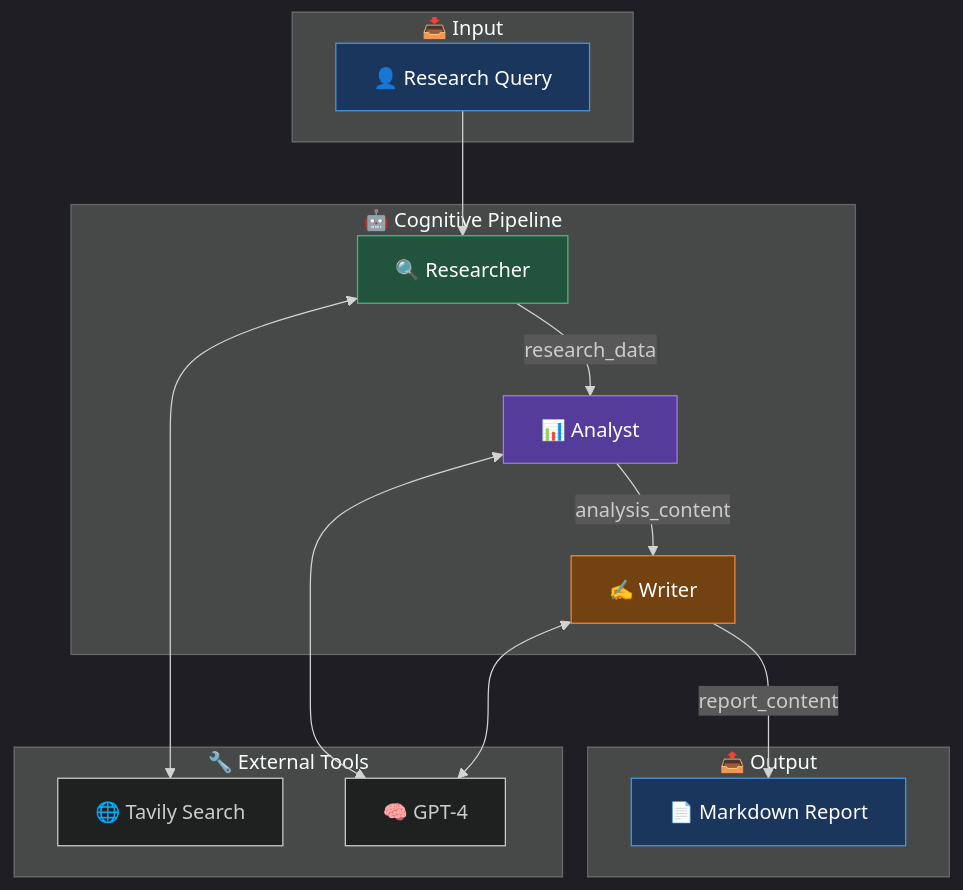
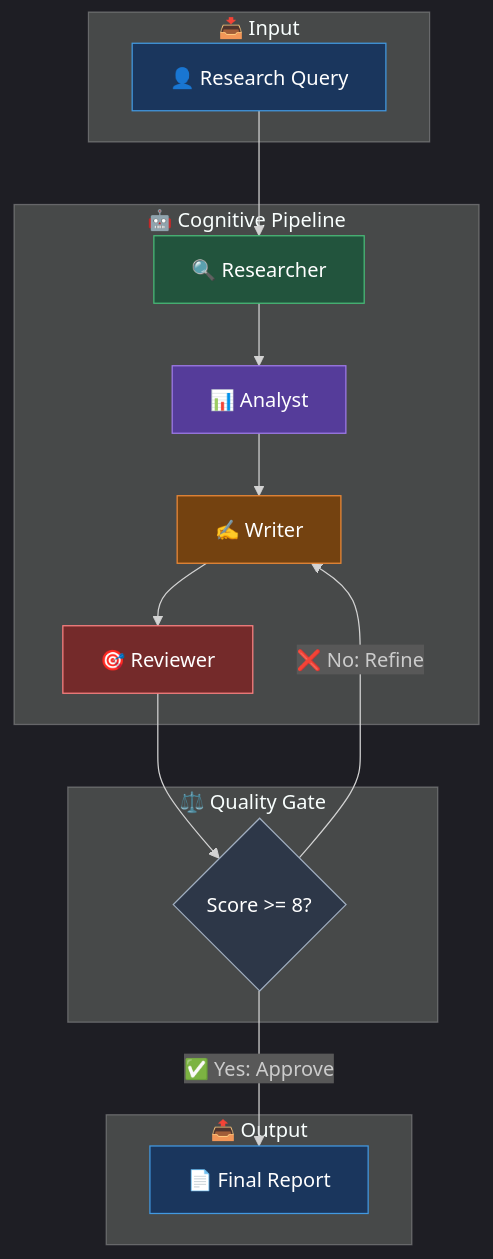
Before and after one commit to DaviBonetto/VORTEX-L4-Deep-Research-Agent: the diagram in README.md, drawn with Mermaid. The commit also changed other lines of this file, not shown here.

Commit message:
docs(readme): add cyclic review loop diagram

````diff
--- a/README.md
+++ b/README.md
@@ -29,36 +29,38 @@
 ```mermaid
 %%{init: {'theme': 'dark'}}%%
 flowchart TD
     subgraph Input ["📥 Input"]
         A["👤 Research Query"]
     end
-    
+
     subgraph Pipeline ["🤖 Cognitive Pipeline"]
         B["🔍 Researcher"]
         C["📊 Analyst"]
         D["✍️ Writer"]
+        E["🎯 Reviewer"]
     end
-    
-    subgraph Tools ["🔧 External Tools"]
-        E["🌐 Tavily Search"]
-        F["🧠 GPT-4"]
+
+    subgraph Decision ["⚖️ Quality Gate"]
+        F{"Score >= 8?"}
     end
-    
+
     subgraph Output ["📤 Output"]
-        G["📄 Markdown Report"]
+        G["📄 Final Report"]
     end
 
     A --> B
-    B <--> E
-    B -->|research_data| C
-    C <--> F
-    C -->|analysis_content| D
-    D <--> F
-    D -->|report_content| G
+    B --> C
+    C --> D
+    D --> E
+    E --> F
+    F -->|"❌ No: Refine"| D
+    F -->|"✅ Yes: Approve"| G
 
     style A fill:#1a365d,stroke:#4299e1,color:#fff
     style B fill:#22543d,stroke:#48bb78,color:#fff
     style C fill:#553c9a,stroke:#9f7aea,color:#fff
     style D fill:#744210,stroke:#ed8936,color:#fff
+    style E fill:#742a2a,stroke:#fc8181,color:#fff
+    style F fill:#2d3748,stroke:#a0aec0,color:#fff
     style G fill:#1a365d,stroke:#4299e1,color:#fff
 ```
````
